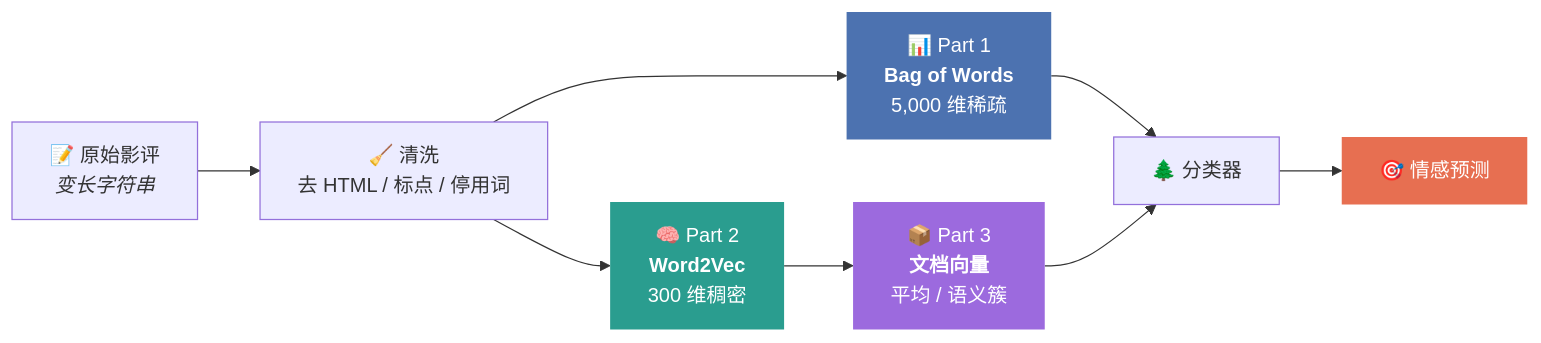
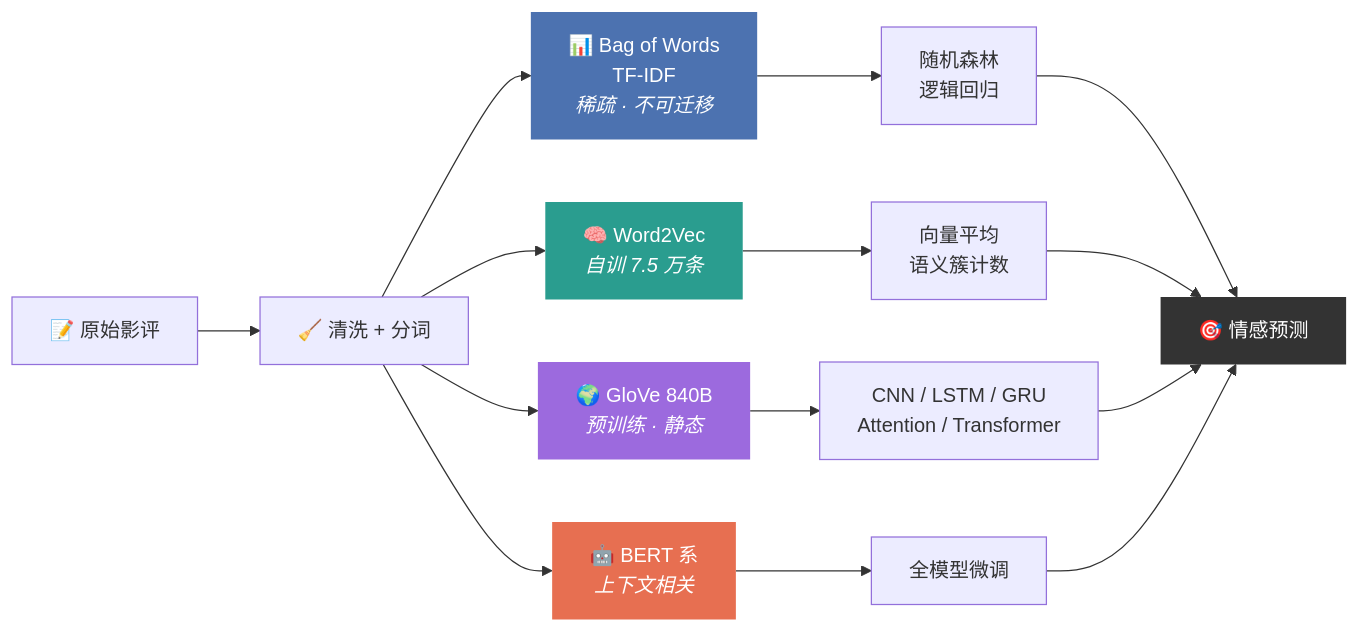
The diagram in README.md (tguo0326/GYT-NLP-developing), drawn with Mermaid before and after one commit. The commit also changed other lines of this file and 90 other files, not shown here.

````diff
--- a/README.md
+++ b/README.md
@@ -21,15 +39,22 @@
 ```mermaid
 flowchart LR
-    A["📝 原始影评<br/><i>变长字符串</i>"] --> B["🧹 清洗<br/>去 HTML / 标点 / 停用词"]
-    B --> C["📊 Part 1<br/><b>Bag of Words</b><br/>5,000 维稀疏"]
-    B --> D["🧠 Part 2<br/><b>Word2Vec</b><br/>300 维稠密"]
-    D --> E["📦 Part 3<br/><b>文档向量</b><br/>平均 / 语义簇"]
-    C --> F["🌲 分类器"]
-    E --> F
-    F --> G["🎯 情感预测"]
+    A["📝 原始影评"] --> B["🧹 清洗 + 分词"]
+    B --> C["📊 Bag of Words<br/>TF-IDF<br/><i>稀疏 · 不可迁移</i>"]
+    B --> D["🧠 Word2Vec<br/><i>自训 7.5 万条</i>"]
+    B --> E["🌍 GloVe 840B<br/><i>预训练 · 静态</i>"]
+    B --> F["🤖 BERT 系<br/><i>上下文相关</i>"]
+    C --> G["随机森林<br/>逻辑回归"]
+    D --> H["向量平均<br/>语义簇计数"]
+    E --> I["CNN / LSTM / GRU<br/>Attention / Transformer"]
+    F --> J["全模型微调"]
+    G --> K["🎯 情感预测"]
+    H --> K
+    I --> K
+    J --> K
 
     style C fill:#4c72b0,color:#fff,stroke:none
     style D fill:#2a9d8f,color:#fff,stroke:none
     style E fill:#9c6ade,color:#fff,stroke:none
-    style G fill:#e76f51,color:#fff,stroke:none
+    style F fill:#e76f51,color:#fff,stroke:none
+    style K fill:#333,color:#fff,stroke:none
 ```
````
